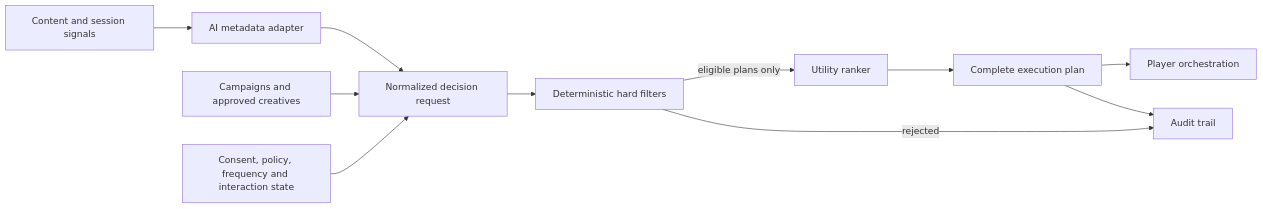
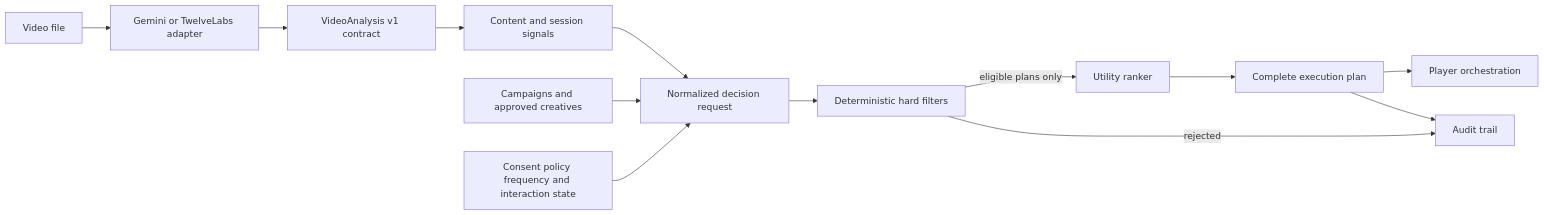
The diagram in docs/ARCHITECTURE.md (Owl-Lee/AdMind), drawn with Mermaid before and after one commit. The commit also changed other lines of this file and 29 other files, not shown here.

Commit message:
feat: add video analyzer contract and protected scenario

````diff
--- a/docs/ARCHITECTURE.md
+++ b/docs/ARCHITECTURE.md
@@ -5,13 +5,15 @@
 ```mermaid
 flowchart LR
-  A[Content and session signals] --> B[AI metadata adapter]
-  B --> C[Normalized decision request]
-  D[Campaigns and approved creatives] --> C
-  E[Consent, policy, frequency and interaction state] --> C
-  C --> F[Deterministic hard filters]
-  F -->|eligible plans only| G[Utility ranker]
-  F -->|rejected| H[Audit trail]
-  G --> I[Complete execution plan]
-  I --> J[Player orchestration]
-  I --> H
+  A[Video file] --> B[Gemini or TwelveLabs adapter]
+  B --> C[VideoAnalysis v1 contract]
+  C --> D[Content and session signals]
+  D --> E[Normalized decision request]
+  F[Campaigns and approved creatives] --> E
+  G[Consent policy frequency and interaction state] --> E
+  E --> H[Deterministic hard filters]
+  H -->|eligible plans only| I[Utility ranker]
+  H -->|rejected| J[Audit trail]
+  I --> K[Complete execution plan]
+  K --> L[Player orchestration]
+  K --> J
 ```
````
